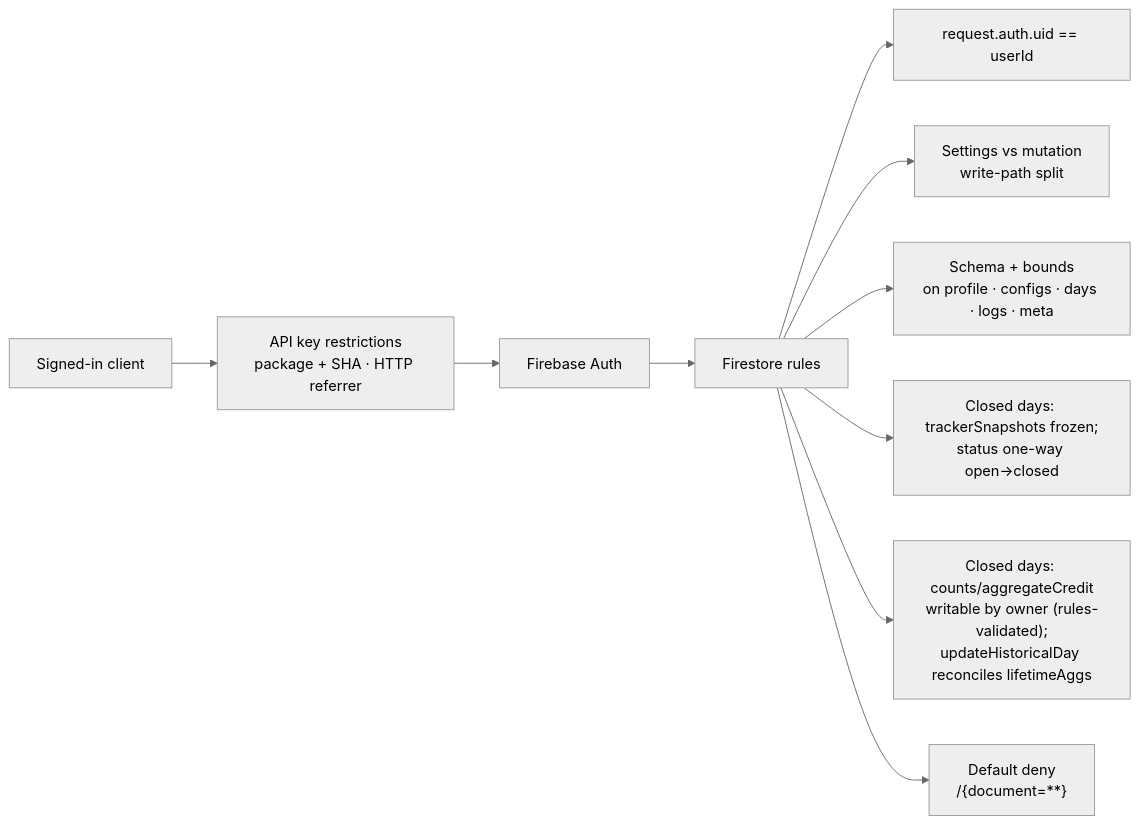
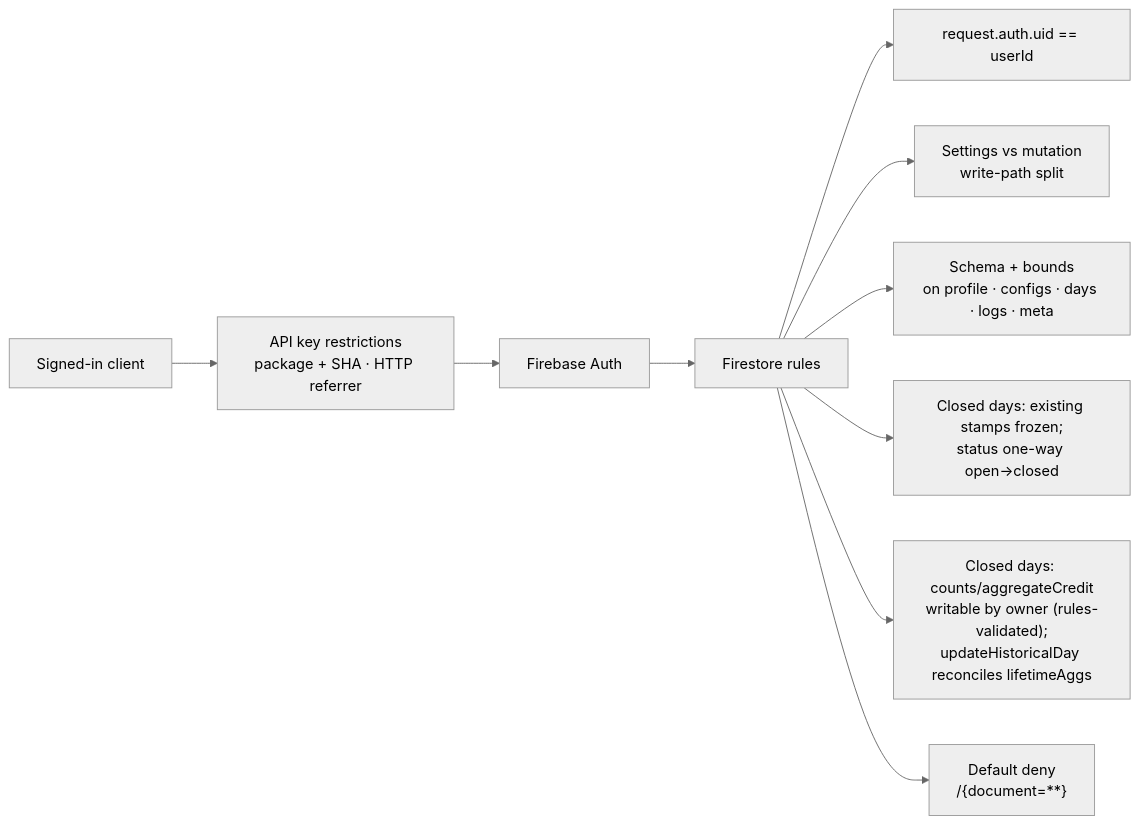
One commit to shareef01/tabakpp changed the second of 2 diagrams in README.md. Above: the diagram before and after it, drawn with Mermaid (neutral theme). The commit also changed other lines of this file and 14 other files, not shown here.

````diff
--- a/README.md
+++ b/README.md
@@ -225,13 +227,13 @@
 ```mermaid
 flowchart LR
   Client["Signed-in client"] --> Key["API key restrictions<br/>package + SHA · HTTP referrer"]
   Key --> Auth["Firebase Auth"]
   Auth --> Rules["Firestore rules"]
 
   Rules --> Owner["request.auth.uid == userId"]
   Rules --> Split["Settings vs mutation<br/>write-path split"]
   Rules --> Shape["Schema + bounds<br/>on profile · configs · days · logs · meta"]
-  Rules --> Frozen["Closed days: trackerSnapshots frozen;<br/>status one-way open→closed"]
+  Rules --> Frozen["Closed days: existing stamps frozen;<br/>status one-way open→closed"]
   Rules --> Writability["Closed days: counts/aggregateCredit<br/>writable by owner (rules-validated);<br/>updateHistoricalDay reconciles lifetimeAggs"]
   Rules --> Deny["Default deny<br/>/{document=**}"]
 ```
````
